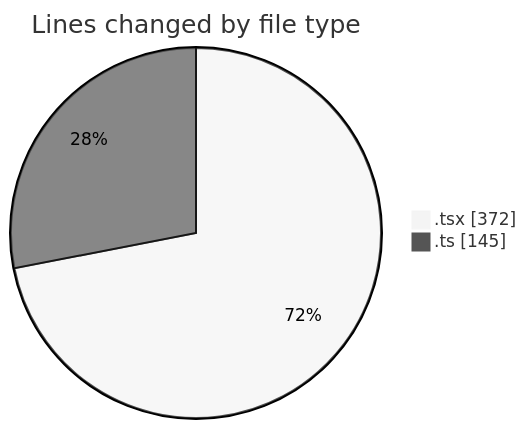
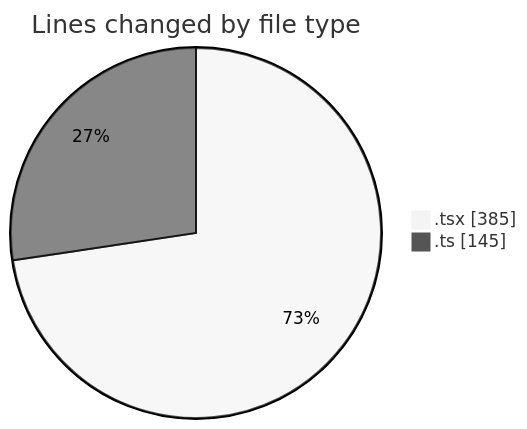
One commit to julien-gomy/code-tracking changed the first of 2 diagrams in 2025-11-23/eventscop-frontend-guide__workspace_/README.md. Above: the diagram before and after it, drawn with Mermaid (neutral theme). The commit also changed other lines of this file and 1 other file, not shown here.

````diff
--- a/2025-11-23/eventscop-frontend-guide__workspace_/README.md
+++ b/2025-11-23/eventscop-frontend-guide__workspace_/README.md
@@ -26,6 +26,6 @@
 ```mermaid
 pie showData
 title Lines changed by file type
-".tsx" : 372
+".tsx" : 385
 ".ts" : 145
 ```
````
